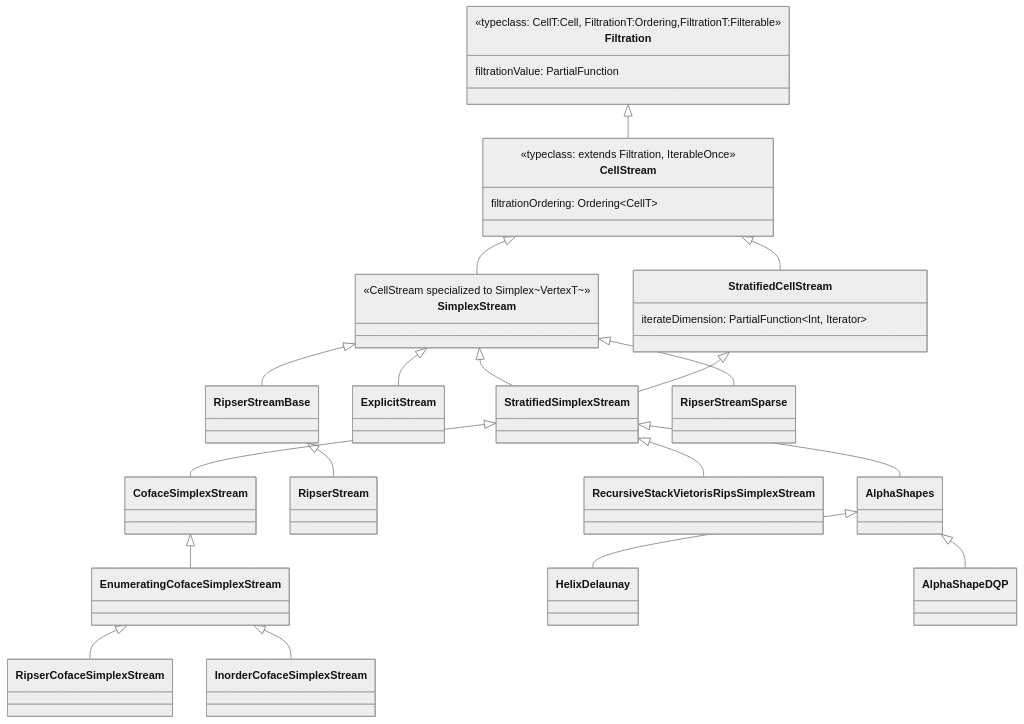
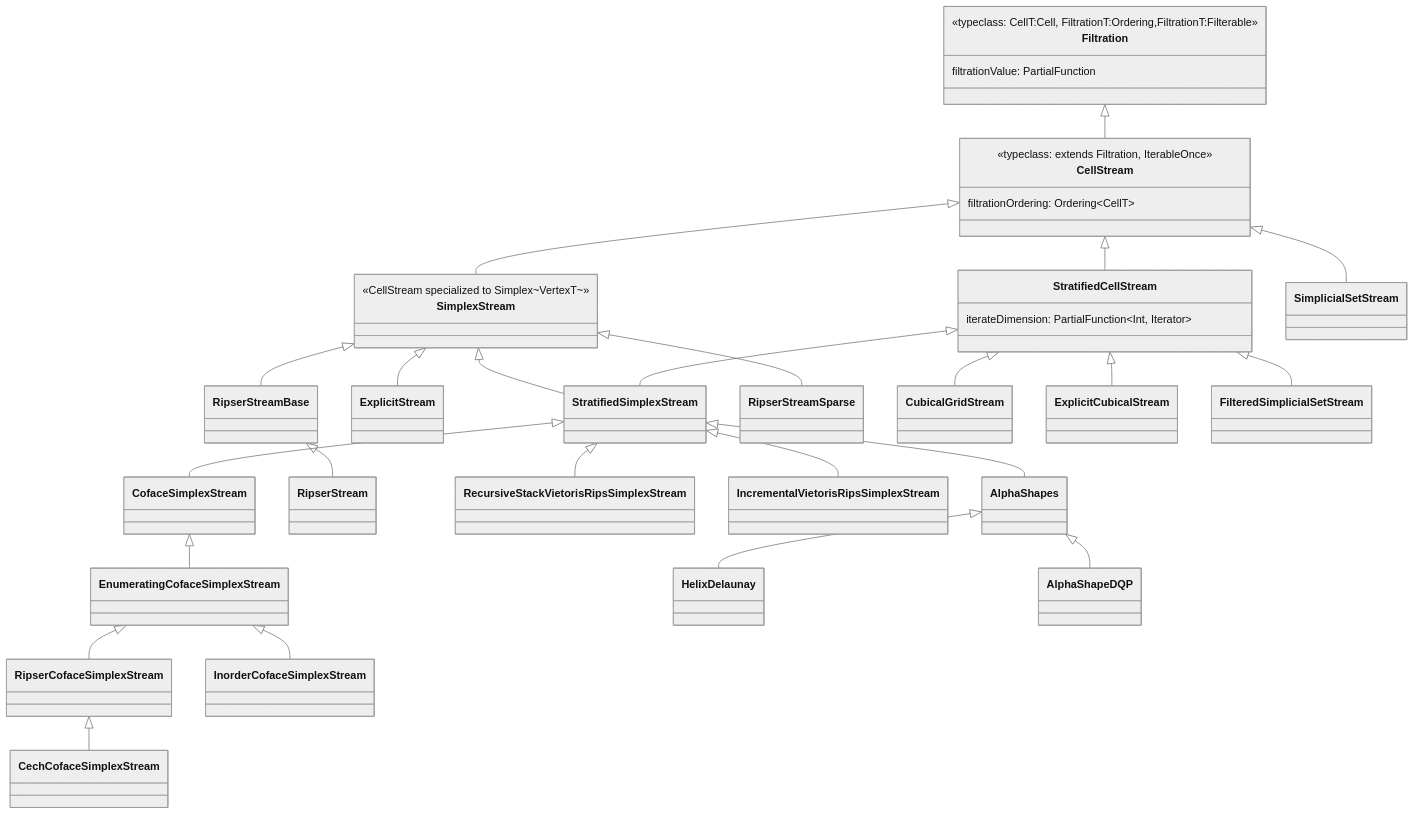
The fourth of 6 diagrams in src/main/paradox/developers-guide/class-diagrams.md (appliedtopology/tda4j), drawn with Mermaid (neutral theme) before and after one commit. The commit also changed other lines of this file and 8 other files, not shown here.

````diff
--- a/src/main/paradox/developers-guide/class-diagrams.md
+++ b/src/main/paradox/developers-guide/class-diagrams.md
@@ -127,34 +128,40 @@
 ```mermaid
 classDiagram
     class Filtration {
         <<typeclass: CellT:Cell, FiltrationT:Ordering,FiltrationT:Filterable>>
         filtrationValue: PartialFunction
     }
     class CellStream {
         <<typeclass: extends Filtration, IterableOnce>>
         filtrationOrdering: Ordering~CellT~
     }
     class SimplexStream {
         <<CellStream specialized to Simplex~VertexT~>>
     }
     class StratifiedCellStream {
         iterateDimension: PartialFunction~Int, Iterator~
     }
     Filtration <|-- CellStream
     CellStream <|-- SimplexStream
     CellStream <|-- StratifiedCellStream
     SimplexStream <|-- StratifiedSimplexStream
     StratifiedCellStream <|-- StratifiedSimplexStream
     StratifiedSimplexStream <|-- CofaceSimplexStream
     CofaceSimplexStream <|-- EnumeratingCofaceSimplexStream
     EnumeratingCofaceSimplexStream <|-- RipserCofaceSimplexStream
+    RipserCofaceSimplexStream <|-- CechCofaceSimplexStream
     EnumeratingCofaceSimplexStream <|-- InorderCofaceSimplexStream
     SimplexStream <|-- ExplicitStream
     SimplexStream <|-- RipserStreamBase
     RipserStreamBase <|-- RipserStream
     SimplexStream <|-- RipserStreamSparse
     StratifiedSimplexStream <|-- RecursiveStackVietorisRipsSimplexStream
+    StratifiedSimplexStream <|-- IncrementalVietorisRipsSimplexStream
     StratifiedSimplexStream <|-- AlphaShapes
     AlphaShapes <|-- HelixDelaunay
     AlphaShapes <|-- AlphaShapeDQP
+    StratifiedCellStream <|-- CubicalGridStream
+    StratifiedCellStream <|-- ExplicitCubicalStream
+    CellStream <|-- SimplicialSetStream
+    StratifiedCellStream <|-- FilteredSimplicialSetStream
 ```
````
